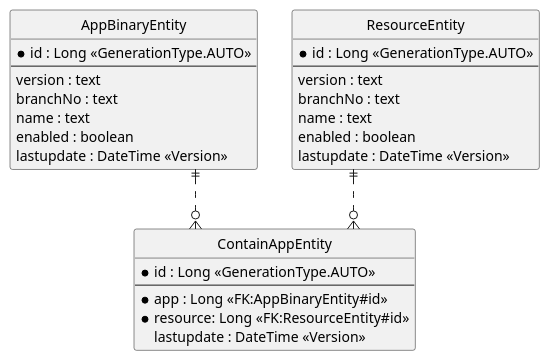
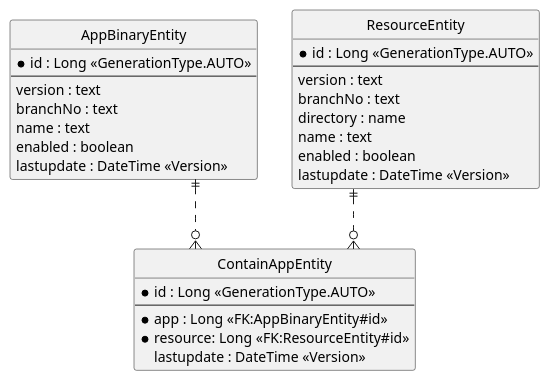
Before and after one commit to kagyuu/JettyExam: the diagram in doc/er.plantuml, drawn with PlantUML. The commit also changed 65 other files, not shown here.

```diff
--- a/doc/er.plantuml
+++ b/doc/er.plantuml
@@ -1,40 +1,41 @@
 @startuml
 
 ' hide the spot
 hide circle
 
 ' avoid problems with angled crows feet
 skinparam linetype ortho
 
 entity "AppBinaryEntity" as e01 {
   *id : Long <<GenerationType.AUTO>>
   --
   version : text
   branchNo : text
   name : text
   enabled : boolean
   lastupdate : DateTime <<Version>>
 }
 
 entity "ResourceEntity" as e02 {
   *id : Long <<GenerationType.AUTO>>
   --
   version : text
   branchNo : text
+  directory : name
   name : text
   enabled : boolean
   lastupdate : DateTime <<Version>>
 }
 
 entity "ContainAppEntity" as e03 {
   *id : Long <<GenerationType.AUTO>>
   --
   *app : Long <<FK:AppBinaryEntity#id>>
   *resource: Long <<FK:ResourceEntity#id>>
   lastupdate : DateTime <<Version>>
 }
 
 e01 ||..o{ e03
 e02 ||..o{ e03
 
 @enduml
```
